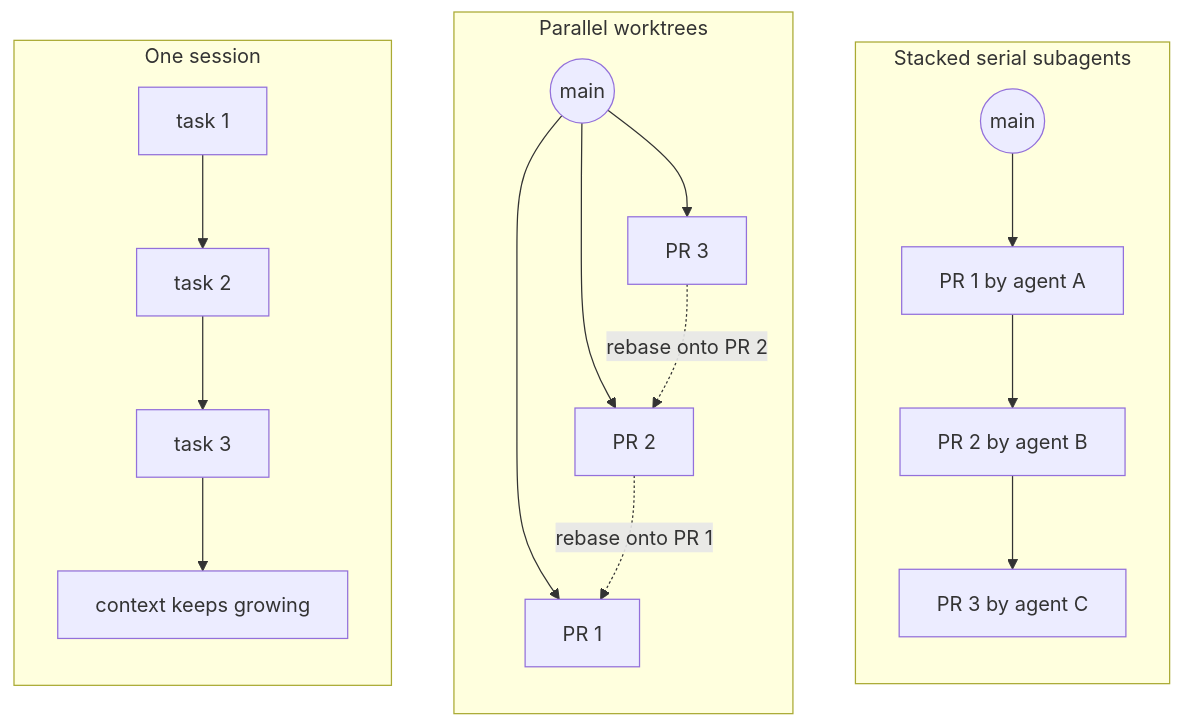
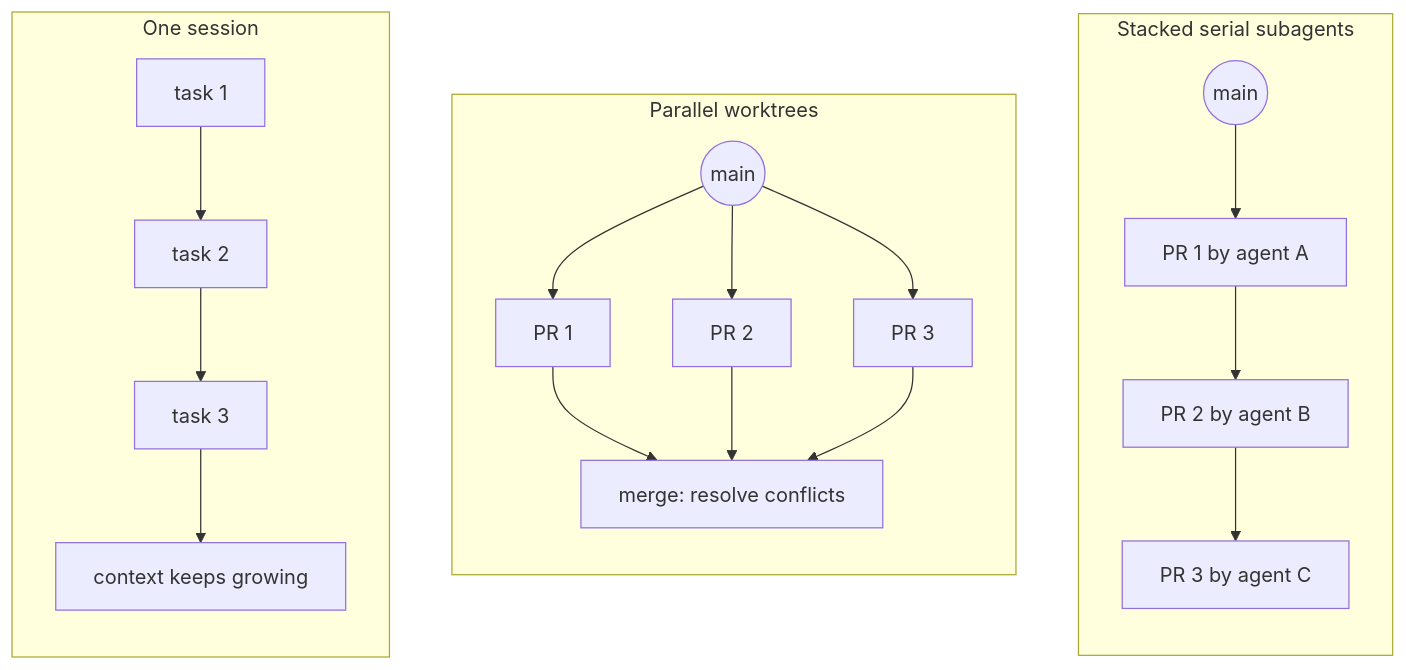
One commit to garysassano/skill-stacked-pr-subagents changed the first of 4 diagrams in README.md. Above: the diagram before and after it, drawn with Mermaid. The commit also changed other lines of this file and 1 other file, not shown here.

Commit message:
Correct the cost of parallel worktrees
Waiting for CI between parallel branches is optional. The real cost is
an agent resolving the conflicts between branches that each started
from main without the work they depend on.

````diff
--- a/README.md
+++ b/README.md
@@ -26,20 +26,21 @@
 ```mermaid
 flowchart LR
     subgraph single["One session"]
         direction TB
         s1["task 1"] --> s2["task 2"] --> s3["task 3"] --> s4["context keeps growing"]
     end
     subgraph parallel["Parallel worktrees"]
         direction TB
         m1(("main")) --> p1["PR 1"]
         m1 --> p2["PR 2"]
         m1 --> p3["PR 3"]
-        p2 -. "rebase onto PR 1" .-> p1
-        p3 -. "rebase onto PR 2" .-> p2
+        p1 --> x["merge: resolve conflicts"]
+        p2 --> x
+        p3 --> x
     end
     subgraph stacked["Stacked serial subagents"]
         direction TB
         m2(("main")) --> l1["PR 1 by agent A"] --> l2["PR 2 by agent B"] --> l3["PR 3 by agent C"]
     end
     single ~~~ parallel ~~~ stacked
 ```
````
